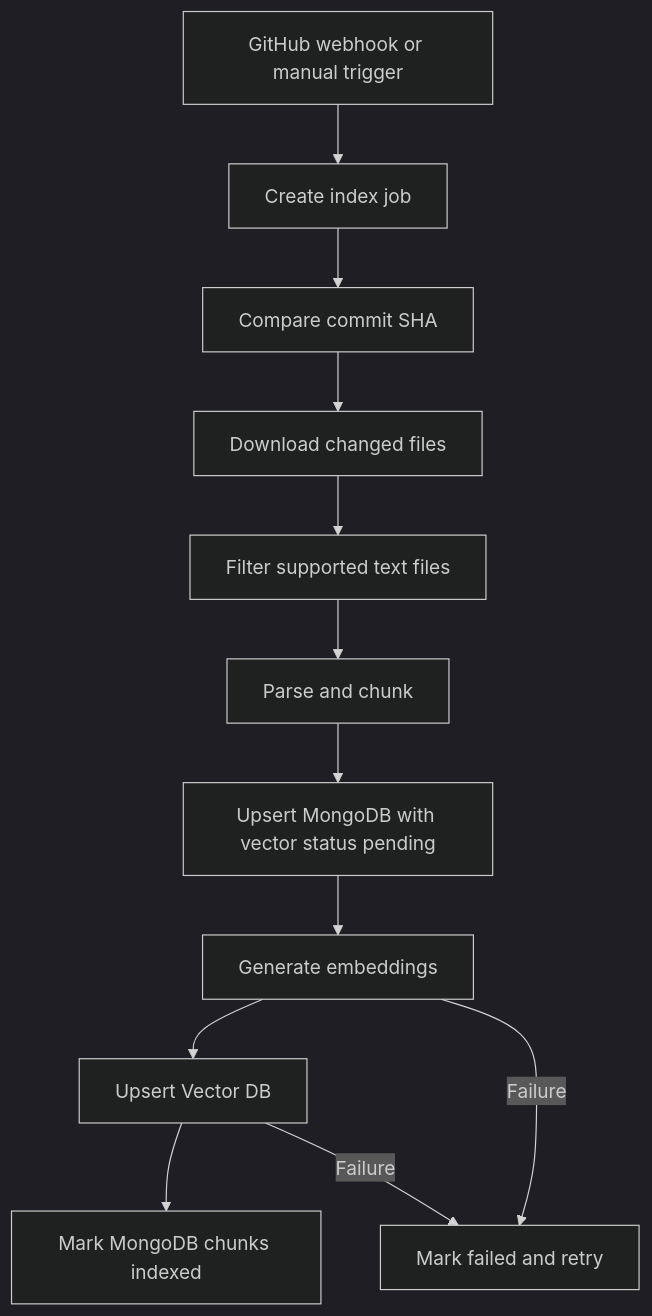
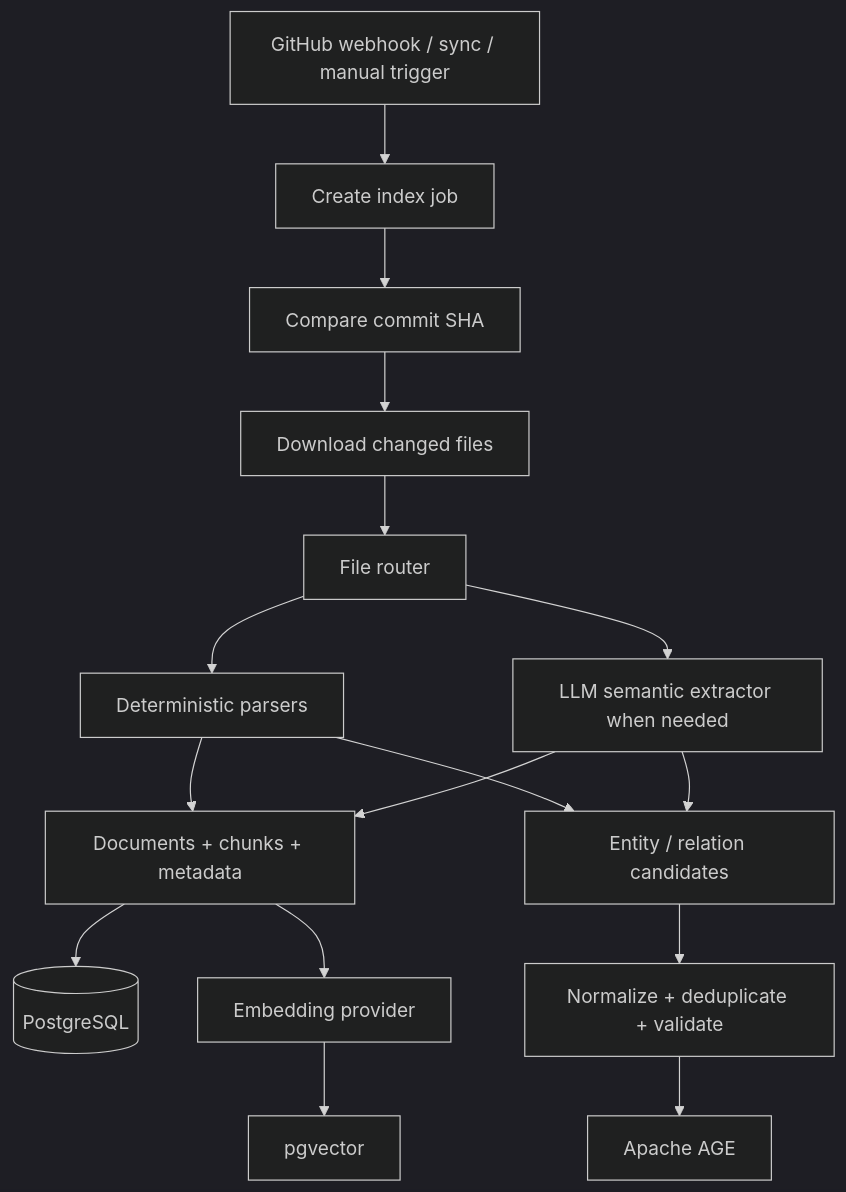
One commit to jim99224/AI-Knowledge-Base changed the second of 3 diagrams in docs/implementation-plan.md. Above: the diagram before and after it, drawn with Mermaid (dark theme). The commit also changed other lines of this file, not shown here.

Commit message:
docs: migrate implementation plan to PostgreSQL pgvector and AGE

````diff
--- a/docs/implementation-plan.md
+++ b/docs/implementation-plan.md
@@ -322,14 +269,18 @@
 ```mermaid
 flowchart TD
-    A[GitHub webhook or manual trigger] --> B[Create index job]
+    A[GitHub webhook / sync / manual trigger] --> B[Create index job]
     B --> C[Compare commit SHA]
     C --> D[Download changed files]
-    D --> E[Filter supported text files]
-    E --> F[Parse and chunk]
-    F --> G[Upsert MongoDB with vector status pending]
-    G --> H[Generate embeddings]
-    H --> I[Upsert Vector DB]
-    I --> J[Mark MongoDB chunks indexed]
-    H -->|Failure| K[Mark failed and retry]
-    I -->|Failure| K
+    D --> E[File router]
+    E --> F[Deterministic parsers]
+    E --> G[LLM semantic extractor when needed]
+    F --> H[Documents + chunks + metadata]
+    G --> H
+    H --> PG[(PostgreSQL)]
+    H --> I[Embedding provider]
+    I --> PV[pgvector]
+    F --> J[Entity / relation candidates]
+    G --> J
+    J --> N[Normalize + deduplicate + validate]
+    N --> AGE[Apache AGE]
 ```
````
